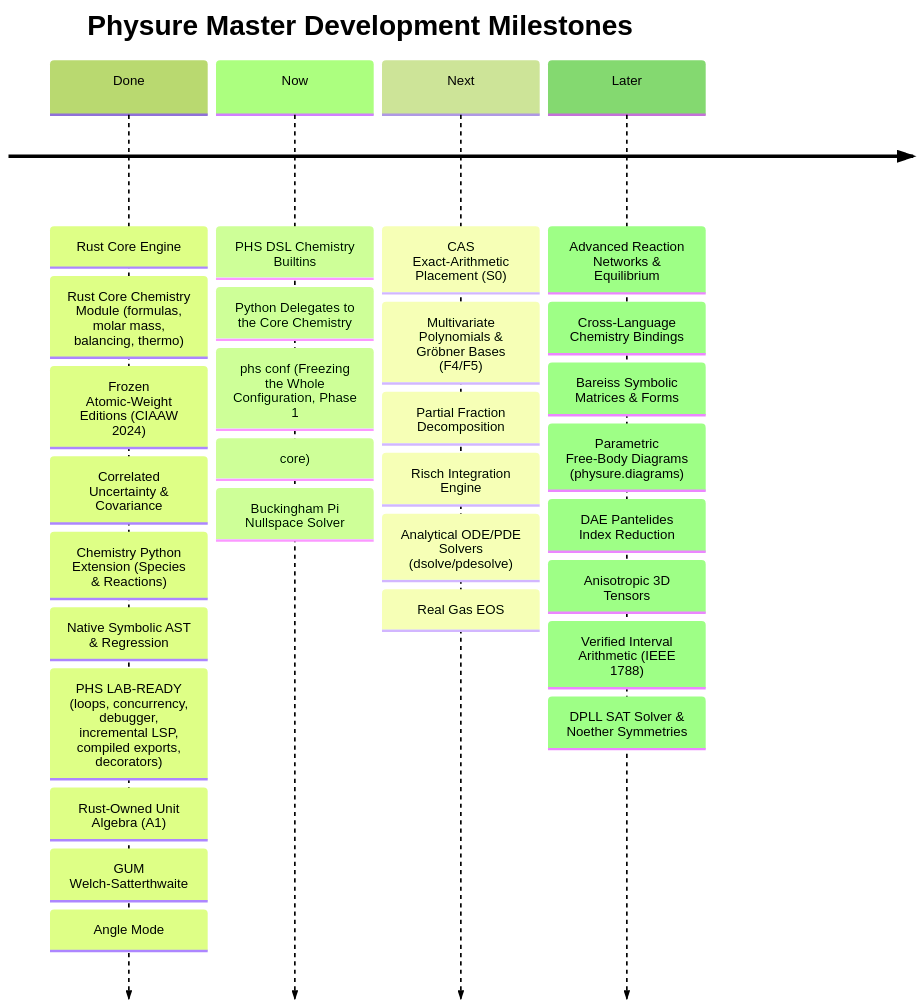
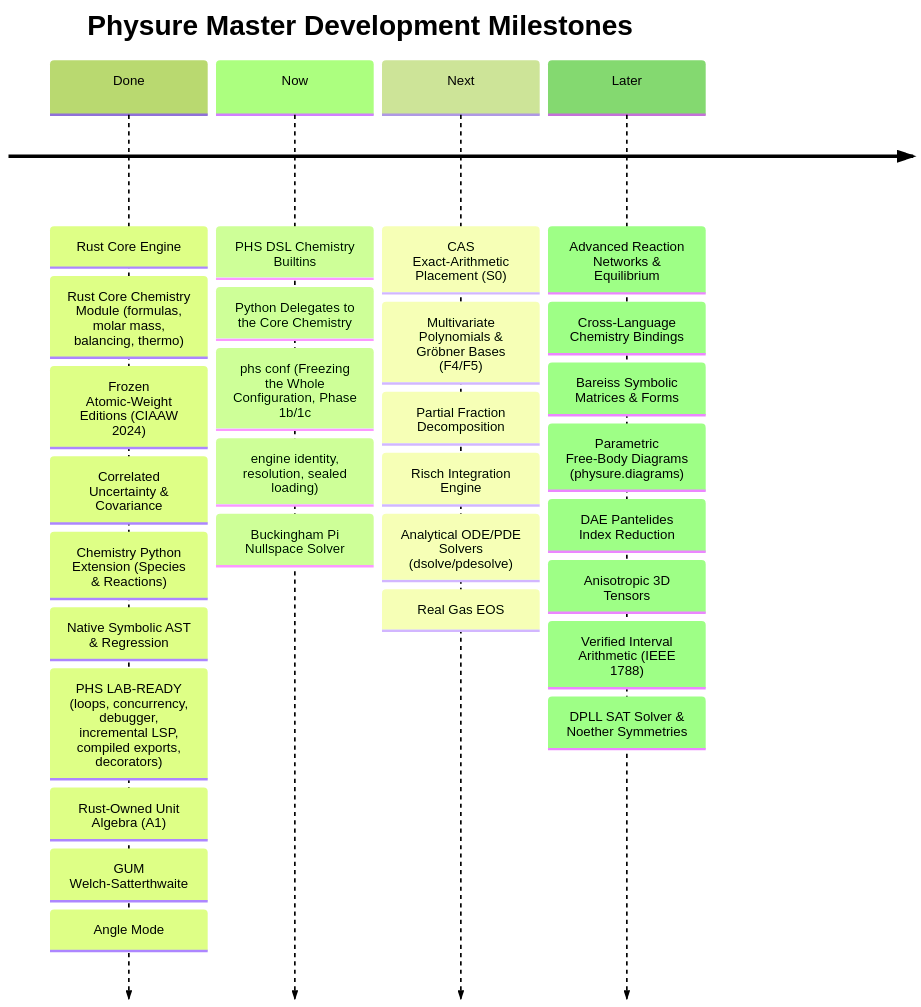
Before and after one commit to Alexisrx96/physure: the diagram in ROADMAP.md, drawn with Mermaid (forest theme). The commit also changed other lines of this file and 4 other files, not shown here.

Commit message:
docs: changelog, structure, roadmap and spec for the frozen-file data layer

````diff
--- a/ROADMAP.md
+++ b/ROADMAP.md
@@ -61,8 +61,8 @@
 ```mermaid
 timeline
     title Physure Master Development Milestones
     Done : Rust Core Engine : Rust Core Chemistry Module (formulas, molar mass, balancing, thermo) : Frozen Atomic-Weight Editions (CIAAW 2024) : Correlated Uncertainty & Covariance : Chemistry Python Extension (Species & Reactions) : Native Symbolic AST & Regression : PHS LAB-READY (loops, concurrency, debugger, incremental LSP, compiled exports, decorators) : Rust-Owned Unit Algebra (A1) : GUM Welch-Satterthwaite : Angle Mode
-    Now : PHS DSL Chemistry Builtins : Python Delegates to the Core Chemistry : phs conf (Freezing the Whole Configuration, Phase 1: core) : Buckingham Pi Nullspace Solver
+    Now : PHS DSL Chemistry Builtins : Python Delegates to the Core Chemistry : phs conf (Freezing the Whole Configuration, Phase 1b/1c: engine identity, resolution, sealed loading) : Buckingham Pi Nullspace Solver
     Next : CAS Exact-Arithmetic Placement (S0) : Multivariate Polynomials & Gröbner Bases (F4/F5) : Partial Fraction Decomposition : Risch Integration Engine : Analytical ODE/PDE Solvers (dsolve/pdesolve) : Real Gas EOS
     Later : Advanced Reaction Networks & Equilibrium : Cross-Language Chemistry Bindings : Bareiss Symbolic Matrices & Forms : Parametric Free-Body Diagrams (physure.diagrams) : DAE Pantelides Index Reduction : Anisotropic 3D Tensors : Verified Interval Arithmetic (IEEE 1788) : DPLL SAT Solver & Noether Symmetries
 ```
````
